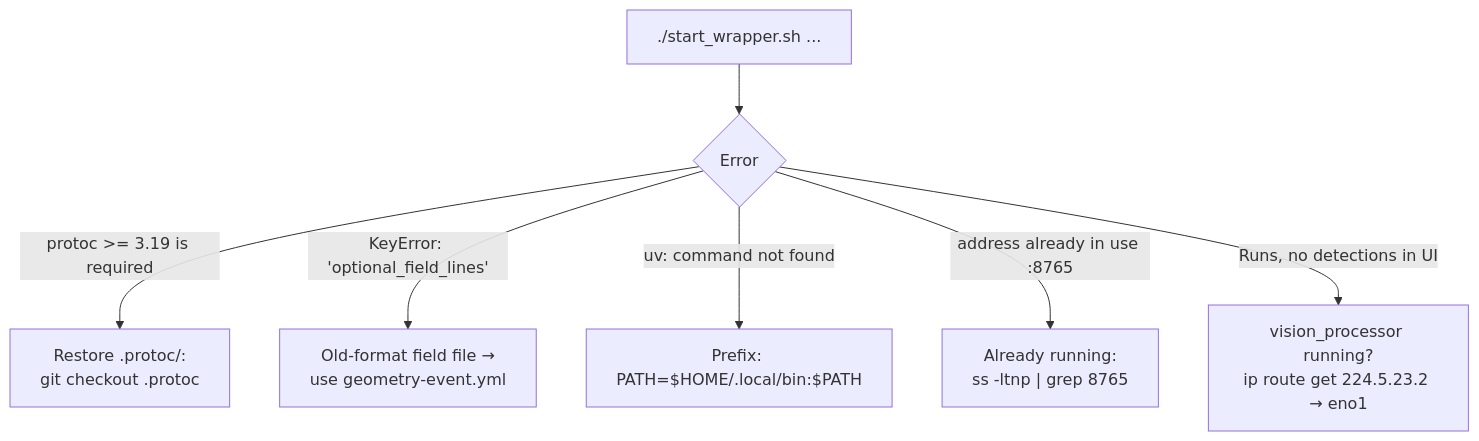
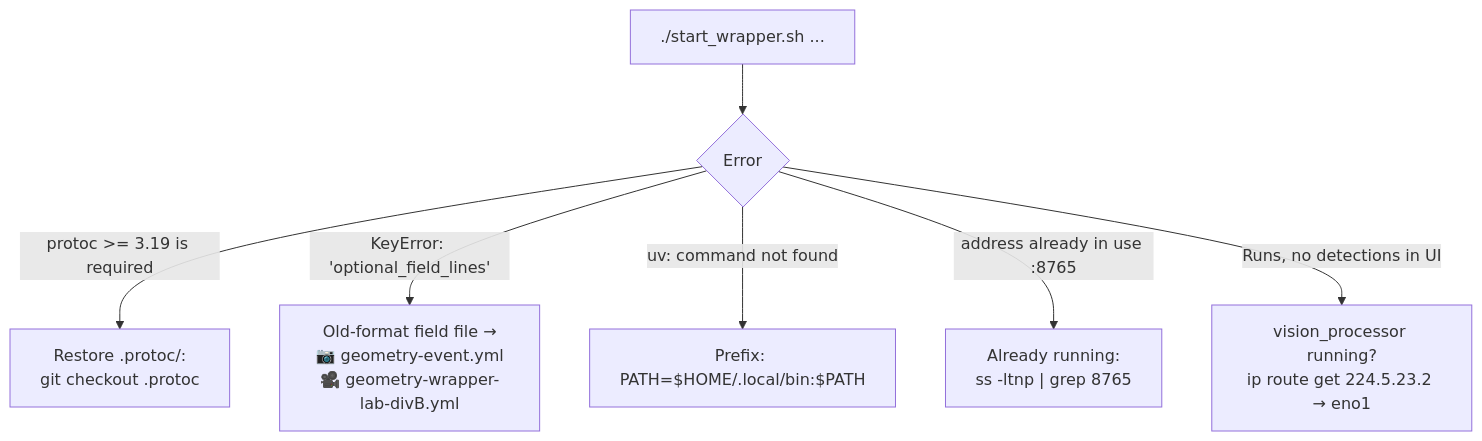
Before and after one commit to WSU-TurtleRabbit/ssl-vision-processor: the third of 4 diagrams in docs/troubleshooting.md, drawn with Mermaid. The commit also changed other lines of this file and 19 other files, not shown here.

````diff
--- a/docs/troubleshooting.md
+++ b/docs/troubleshooting.md
@@ -47,9 +48,9 @@
 ```mermaid
 flowchart TD
     A["./start_wrapper.sh ..."] --> B{"Error"}
     B -->|"protoc >= 3.19 is required"| B1["Restore .protoc/:<br/>git checkout .protoc"]
-    B -->|"KeyError: 'optional_field_lines'"| B2["Old-format field file →<br/>use geometry-event.yml"]
+    B -->|"KeyError: 'optional_field_lines'"| B2["Old-format field file →<br/>📷 geometry-event.yml<br/>🎥 geometry-wrapper-lab-divB.yml"]
     B -->|"uv: command not found"| B3["Prefix: PATH=$HOME/.local/bin:$PATH"]
     B -->|"address already in use :8765"| B4["Already running:<br/>ss -ltnp | grep 8765"]
     B -->|"Runs, no detections in UI"| B5["vision_processor running?<br/>ip route get 224.5.23.2 → eno1"]
 ```
````
